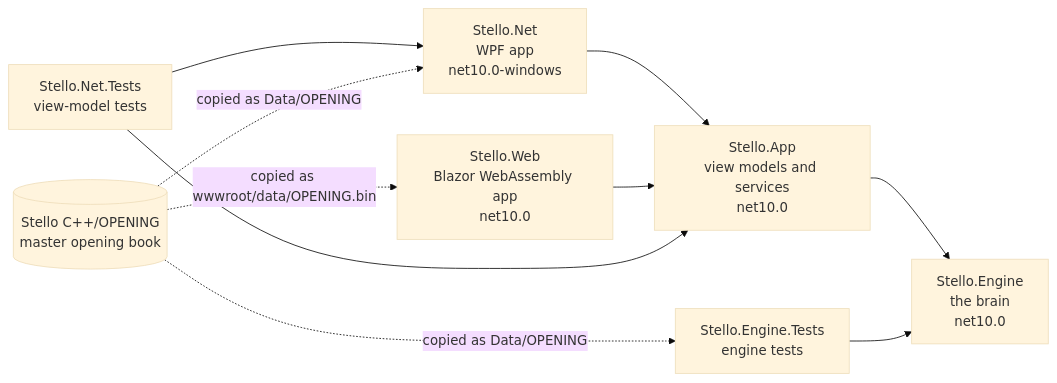
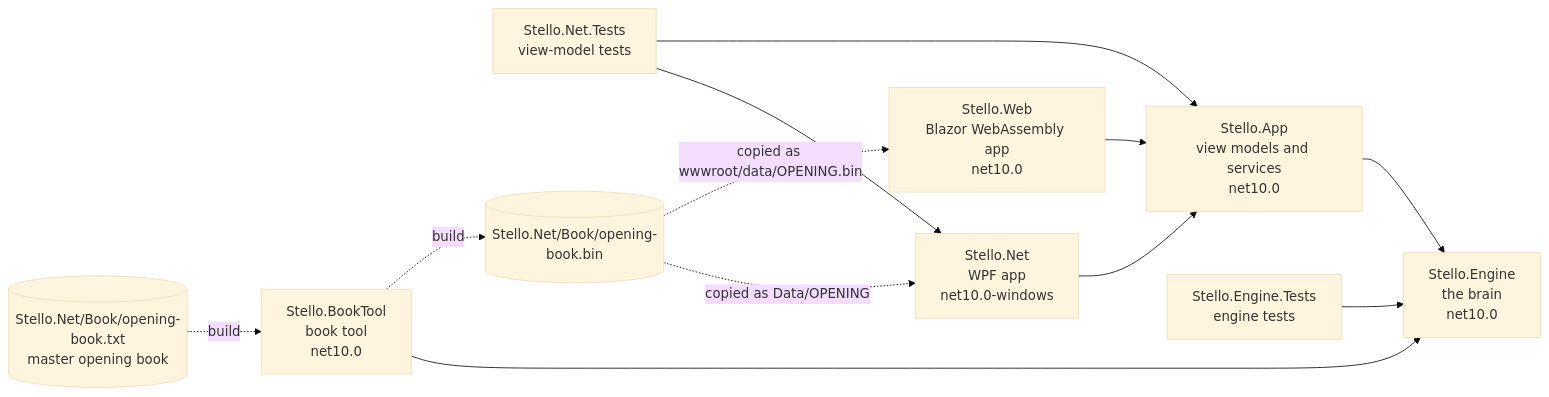
The first of 4 diagrams in docs/brain/01-overview.md (cjp-dev/Stello), drawn with Mermaid (base theme) before and after one commit. The commit also changed other lines of this file and 42 other files, not shown here.

Commit message:
Updated opening book. Phase 1 commit

````diff
--- a/docs/brain/01-overview.md
+++ b/docs/brain/01-overview.md
@@ -11,12 +11,14 @@
 ```mermaid
 flowchart LR
     Wpf["Stello.Net<br/>WPF app<br/>net10.0-windows"] --> Shared["Stello.App<br/>view models and services<br/>net10.0"]
     Web["Stello.Web<br/>Blazor WebAssembly app<br/>net10.0"] --> Shared
     Shared --> Engine["Stello.Engine<br/>the brain<br/>net10.0"]
     AppTests["Stello.Net.Tests<br/>view-model tests"] --> Wpf
     AppTests --> Shared
     EngineTests["Stello.Engine.Tests<br/>engine tests"] --> Engine
-    Book[("Stello C++/OPENING<br/>master opening book")] -. "copied as Data/OPENING" .-> Wpf
-    Book -. "copied as Data/OPENING" .-> EngineTests
+    Tool["Stello.BookTool<br/>book tool<br/>net10.0"] --> Engine
+    Text[("Stello.Net/Book/opening-book.txt<br/>master opening book")] -. "build" .-> Tool
+    Tool -. "build" .-> Book[("Stello.Net/Book/opening-book.bin")]
+    Book -. "copied as Data/OPENING" .-> Wpf
     Book -. "copied as wwwroot/data/OPENING.bin" .-> Web
 ```
````
